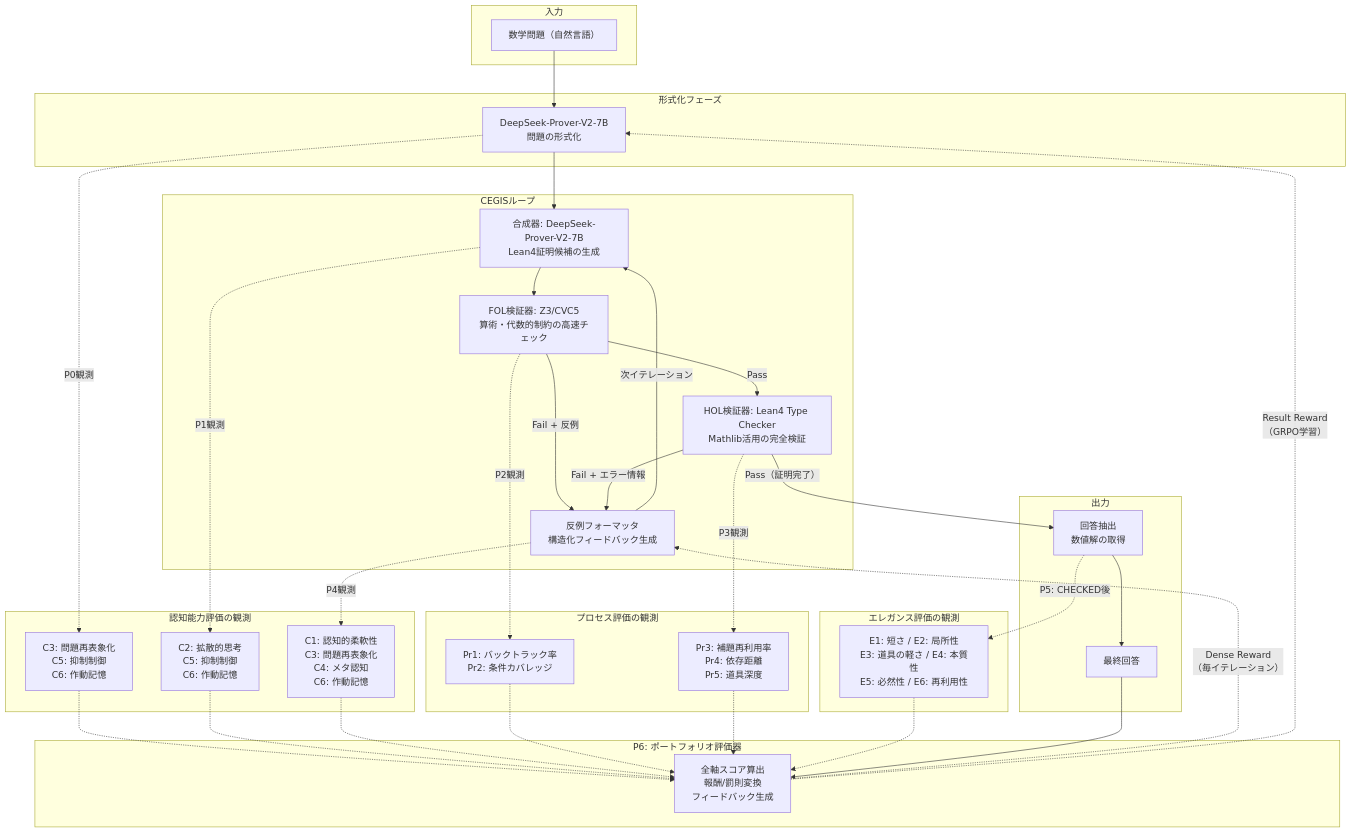
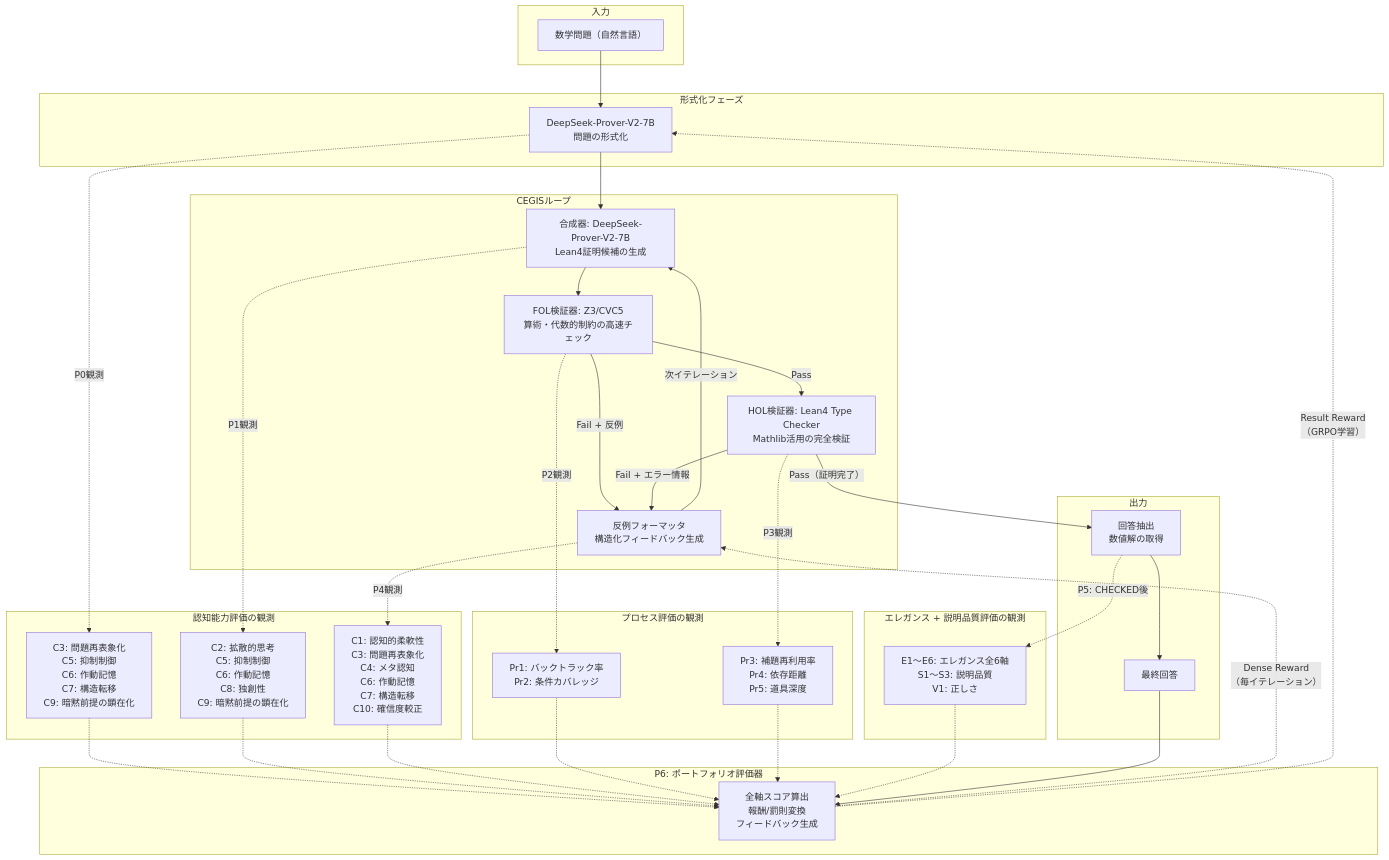
One commit to ntdrill/Schedule-Management-Tool changed the first of 5 diagrams in CEGIS評価マッピング.md. Above: the diagram before and after it, drawn with Mermaid. The commit also changed other lines of this file, not shown here.

````diff
--- a/CEGIS評価マッピング.md
+++ b/CEGIS評価マッピング.md
@@ -373,72 +509,72 @@
 ```mermaid
 flowchart TD
     subgraph input [入力]
         Problem["数学問題（自然言語）"]
     end
 
     subgraph formalization [形式化フェーズ]
         DSFormalize["DeepSeek-Prover-V2-7B\n問題の形式化"]
     end
 
     subgraph cegisLoop [CEGISループ]
         Synthesizer["合成器: DeepSeek-Prover-V2-7B\nLean4証明候補の生成"]
         FOLCheck["FOL検証器: Z3/CVC5\n算術・代数的制約の高速チェック"]
         HOLCheck["HOL検証器: Lean4 Type Checker\nMathlib活用の完全検証"]
         CEFormat["反例フォーマッタ\n構造化フィードバック生成"]
 
         Synthesizer --> FOLCheck
         FOLCheck -->|"Pass"| HOLCheck
         FOLCheck -->|"Fail + 反例"| CEFormat
         HOLCheck -->|"Fail + エラー情報"| CEFormat
         CEFormat -->|"次イテレーション"| Synthesizer
     end
 
     subgraph outputPhase [出力]
         Extract["回答抽出\n数値解の取得"]
         Answer["最終回答"]
     end
 
     Problem --> DSFormalize
     DSFormalize --> Synthesizer
     HOLCheck -->|"Pass（証明完了）"| Extract
     Extract --> Answer
 
     subgraph eval_cognitive ["認知能力評価の観測"]
-        obs_C3["C3: 問題再表象化\nC5: 抑制制御\nC6: 作動記憶"]
-        obs_C2["C2: 拡散的思考\nC5: 抑制制御\nC6: 作動記憶"]
-        obs_C1["C1: 認知的柔軟性\nC3: 問題再表象化\nC4: メタ認知\nC6: 作動記憶"]
+        obs_C3["C3: 問題再表象化\nC5: 抑制制御\nC6: 作動記憶\nC7: 構造転移\nC9: 暗黙前提の顕在化"]
+        obs_C2["C2: 拡散的思考\nC5: 抑制制御\nC6: 作動記憶\nC8: 独創性\nC9: 暗黙前提の顕在化"]
+        obs_C1["C1: 認知的柔軟性\nC3: 問題再表象化\nC4: メタ認知\nC6: 作動記憶\nC7: 構造転移\nC10: 確信度較正"]
     end
 
     subgraph eval_process ["プロセス評価の観測"]
         obs_Pr_FOL["Pr1: バックトラック率\nPr2: 条件カバレッジ"]
         obs_Pr_HOL["Pr3: 補題再利用率\nPr4: 依存距離\nPr5: 道具深度"]
     end
 
-    subgraph eval_elegance ["エレガンス評価の観測"]
-        obs_E["E1: 短さ / E2: 局所性\nE3: 道具の軽さ / E4: 本質性\nE5: 必然性 / E6: 再利用性"]
+    subgraph eval_elegance ["エレガンス + 説明品質評価の観測"]
+        obs_E["E1〜E6: エレガンス全6軸\nS1〜S3: 説明品質\nV1: 正しさ"]
     end
 
     DSFormalize -.->|"P0観測"| obs_C3
     Synthesizer -.->|"P1観測"| obs_C2
     CEFormat -.->|"P4観測"| obs_C1
 
     FOLCheck -.->|"P2観測"| obs_Pr_FOL
     HOLCheck -.->|"P3観測"| obs_Pr_HOL
 
     Extract -.->|"P5: CHECKED後"| obs_E
 
     subgraph portfolio ["P6: ポートフォリオ評価器"]
         Evaluator["全軸スコア算出\n報酬/罰則変換\nフィードバック生成"]
     end
 
     obs_C3 -.-> Evaluator
     obs_C2 -.-> Evaluator
     obs_C1 -.-> Evaluator
     obs_Pr_FOL -.-> Evaluator
     obs_Pr_HOL -.-> Evaluator
     obs_E -.-> Evaluator
 
     Evaluator -.->|"Dense Reward\n（毎イテレーション）"| CEFormat
     Evaluator -.->|"Result Reward\n（GRPO学習）"| DSFormalize
     Answer --> Evaluator
 ```
````
